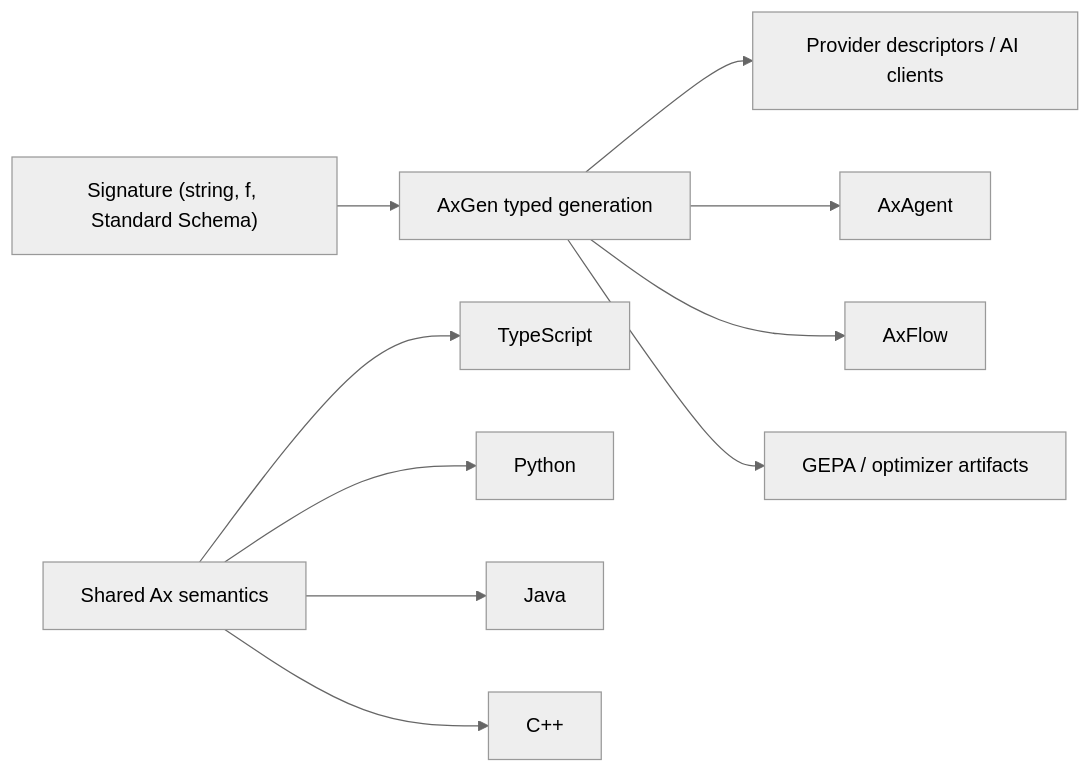
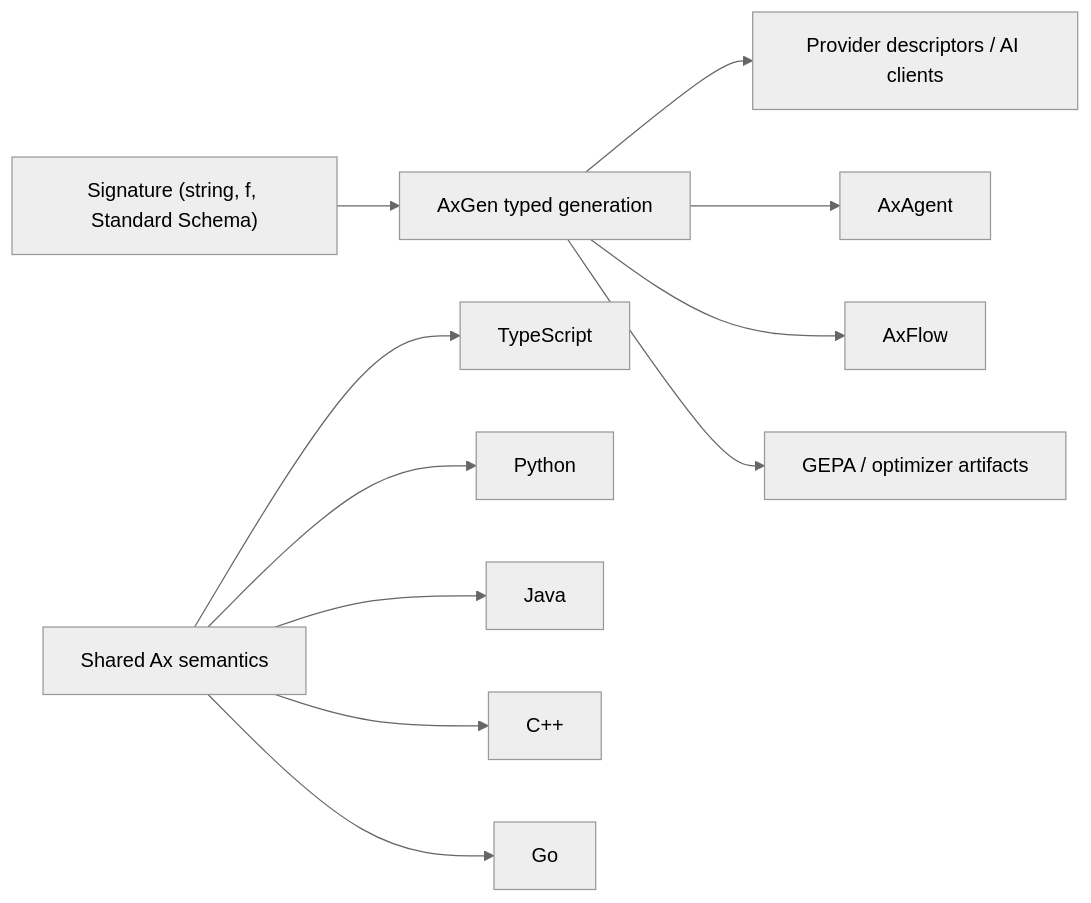
The first of 2 diagrams in README.md (ax-llm/ax), drawn with Mermaid (neutral theme) before and after one commit. The commit also changed other lines of this file and 37 other files, not shown here.

````diff
--- a/README.md
+++ b/README.md
@@ -41,12 +42,13 @@
 ```mermaid
 flowchart LR
   S["Signature (string, f, Standard Schema)"] --> G["AxGen typed generation"]
   G --> P["Provider descriptors / AI clients"]
   G --> A["AxAgent"]
   G --> F["AxFlow"]
   G --> O["GEPA / optimizer artifacts"]
   C["Shared Ax semantics"] --> TS["TypeScript"]
   C --> PY["Python"]
   C --> JV["Java"]
   C --> CP["C++"]
+  C --> GO["Go"]
 ```
````
